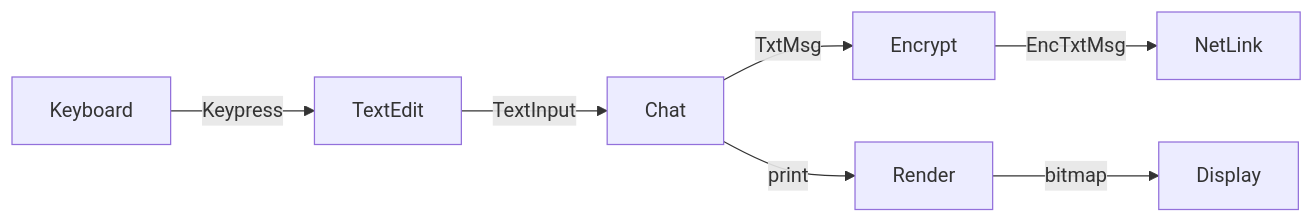
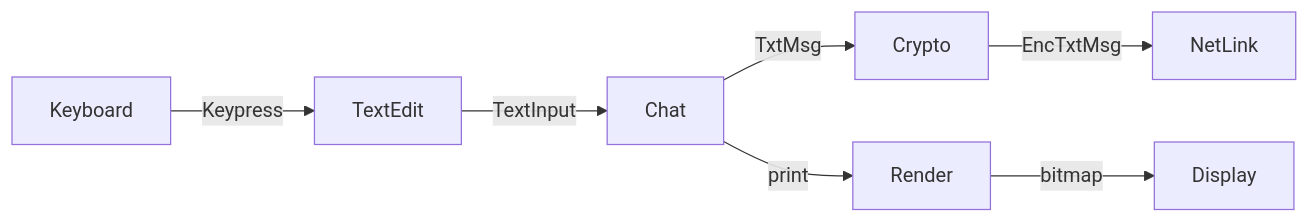
The first of 3 diagrams in doc/arch.md (fluffy/bare-rust), drawn with Mermaid before and after one commit. The commit also changed other lines of this file, not shown here.

````diff
--- a/doc/arch.md
+++ b/doc/arch.md
@@ -7,9 +7,9 @@
 ```mermaid
 flowchart LR
     A[Keyboard] --> |Keypress| B[TextEdit]
     B --> |TextInput| C[Chat]
-    C --> |TxtMsg| D[Encrypt]
+    C --> |TxtMsg| D[Crypto]
     D --> |EncTxtMsg| F[NetLink]
     C --> |print| J[Render]
     J --> |bitmap| K[Display]
 ```
````
